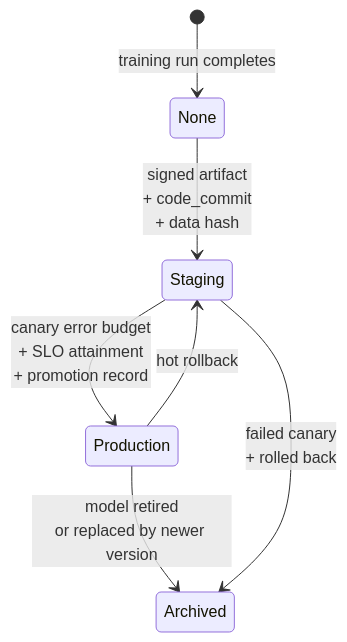
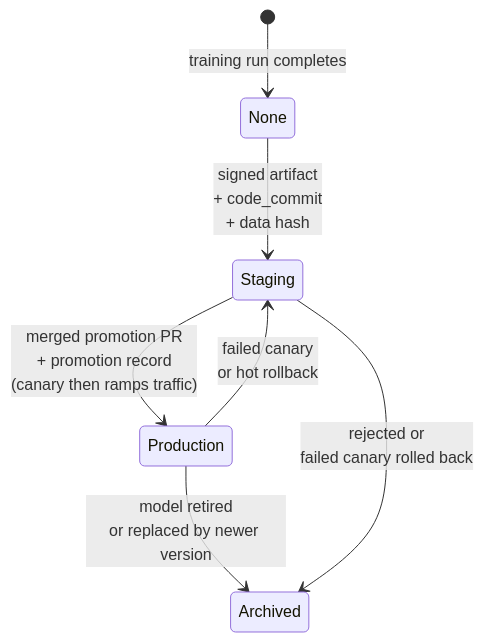
Before and after one commit to jithinpnjm/ai-infra-handbook: the first of 3 diagrams in docs/part-16-mlops-llmops/06-model-registry-ci-cd-and-gitops-for-models.md, drawn with Mermaid. The commit also changed other lines of this file and 32 other files, not shown here.

````diff
--- a/docs/part-16-mlops-llmops/06-model-registry-ci-cd-and-gitops-for-models.md
+++ b/docs/part-16-mlops-llmops/06-model-registry-ci-cd-and-gitops-for-models.md
@@ -115,9 +115,9 @@
 ```mermaid
 stateDiagram-v2
     [*] --> None: training run completes
     None --> Staging: signed artifact<br/>+ code_commit<br/>+ data hash
-    Staging --> Production: canary error budget<br/>+ SLO attainment<br/>+ promotion record
+    Staging --> Production: merged promotion PR<br/>+ promotion record<br/>(canary then ramps traffic)
     Production --> Archived: model retired<br/>or replaced by newer version
-    Staging --> Archived: failed canary<br/>+ rolled back
-    Production --> Staging: hot rollback
+    Staging --> Archived: rejected or<br/>failed canary rolled back
+    Production --> Staging: failed canary<br/>or hot rollback
 ```
````
